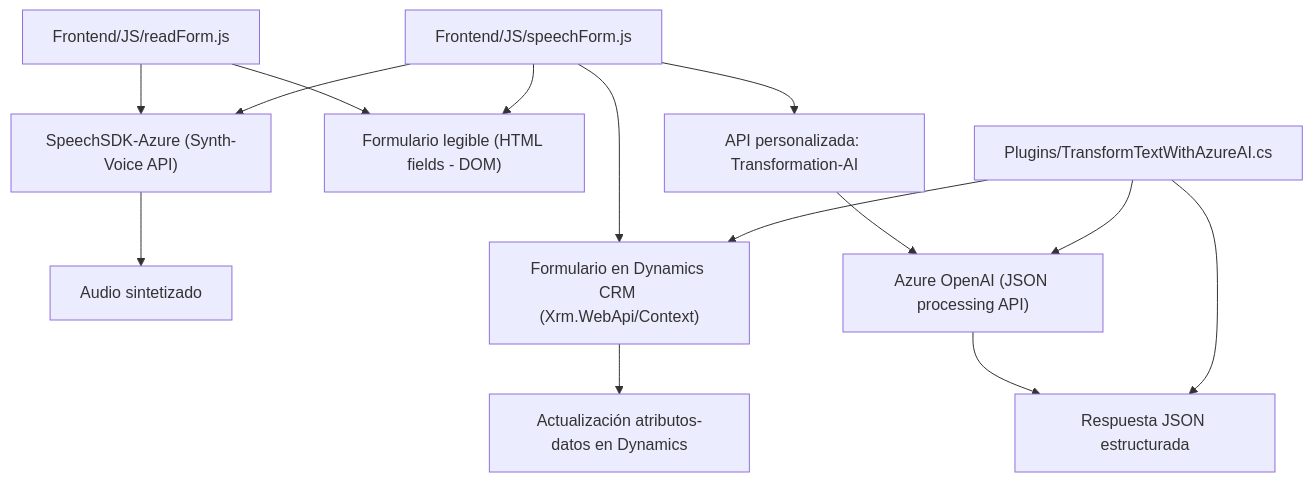
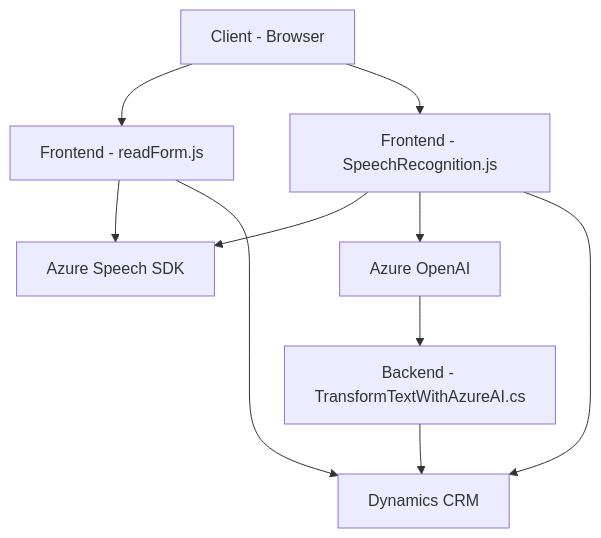
One commit to blopezdm/NETCORE_BILBAO2025 changed the diagram in README.md. Above: the diagram before and after it, drawn with Mermaid. The commit also changed other lines of this file, not shown here.

````diff
--- a/README.md
+++ b/README.md
@@ -41,19 +34,22 @@
 ```mermaid
 graph TD
-  A["Frontend/JS/readForm.js"] --> B["SpeechSDK-Azure (Synth-Voice API)"]
-  A --> C["Formulario legible (HTML fields - DOM)"]
-  B --> D["Audio sintetizado"]
+    A["Frontend - readForm.js"]
+    B["Frontend - SpeechRecognition.js"]
+    C["Backend - TransformTextWithAzureAI.cs"]
+    D["Azure Speech SDK"]
+    E["Azure OpenAI"]
+    F["Dynamics CRM"]
+    G["Client - Browser"]
 
-  E["Frontend/JS/speechForm.js"] --> B
-  E --> C
-  E --> F["Formulario en Dynamics CRM (Xrm.WebApi/Context)"]
-  E --> G["API personalizada: Transformation-AI"]
+    G --> A
+    G --> B
 
-  G --> H["Azure OpenAI (JSON processing API)"]
-  F --> I["Actualización atributos-datos en Dynamics"]
+    A --> D
+    B --> D
 
-  J["Plugins/TransformTextWithAzureAI.cs"] --> F
-  J --> H
-  H --> K["Respuesta JSON estructurada"]
-  J --> K
+    B --> E
+    E --> C
+    C --> F
+    A --> F
+    B --> F
 ```
````
